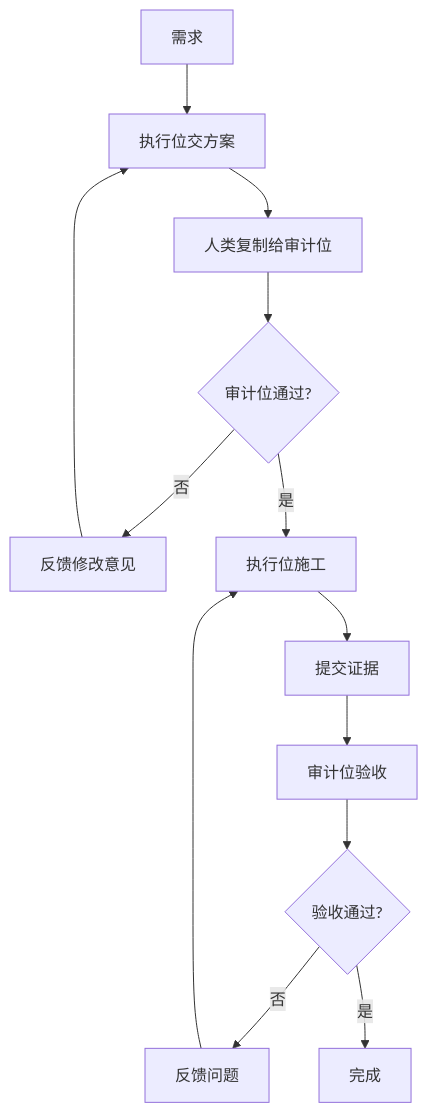
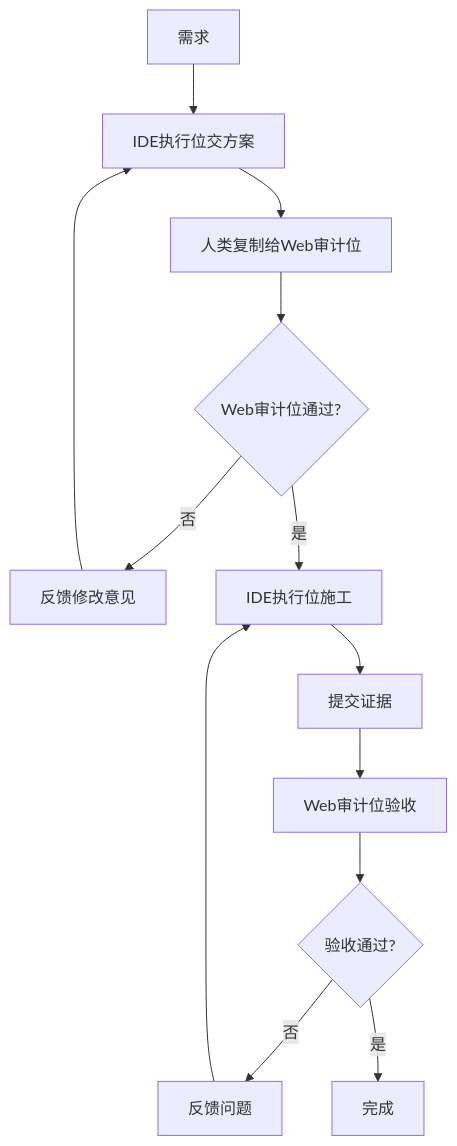
The diagram in README.md (blackzhanzhan/Cyber-Ming-Protocol), drawn with Mermaid before and after one commit. The commit also changed other lines of this file, not shown here.

Commit message:
流程图改名为IDE执行位/Web审计位，补充双轨制核心说明

````diff
--- a/README.md
+++ b/README.md
@@ -39,15 +43,15 @@
 ```mermaid
 graph TD
-    A[需求] --> B[执行位交方案]
-    B --> C[人类复制给审计位]
-    C --> D{审计位通过?}
+    A[需求] --> B[IDE执行位交方案]
+    B --> C[人类复制给Web审计位]
+    C --> D{Web审计位通过?}
     D -->|否| E[反馈修改意见]
     E --> B
-    D -->|是| F[执行位施工]
+    D -->|是| F[IDE执行位施工]
     F --> G[提交证据]
-    G --> H[审计位验收]
+    G --> H[Web审计位验收]
     H --> I{验收通过?}
     I -->|否| J[反馈问题]
     J --> F
     I -->|是| K[完成]
 ```
````
